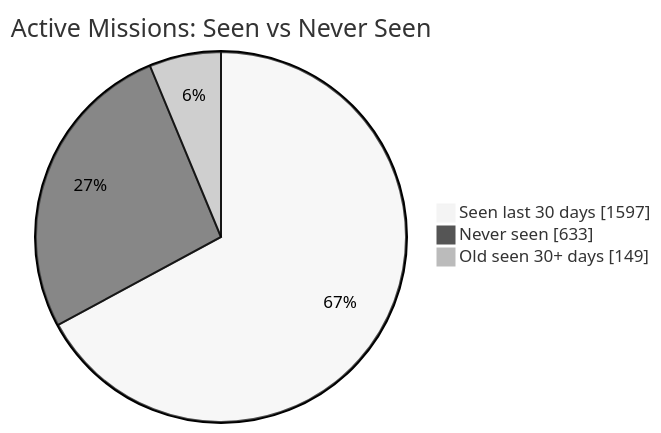
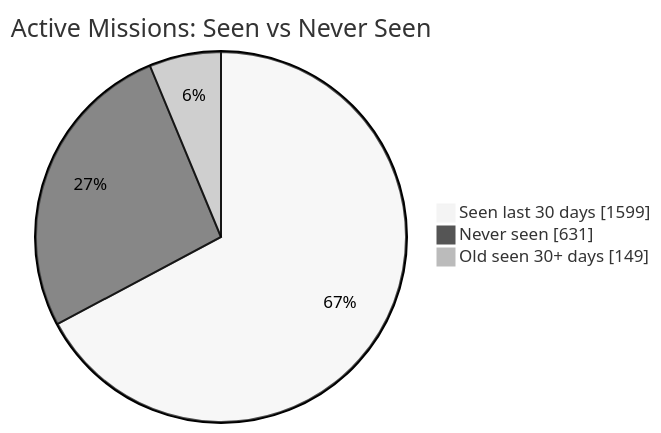
The first of 2 diagrams in README.md (MeldkamerspelGameTeam/active-missions), drawn with Mermaid (neutral theme) before and after one commit. The commit also changed other lines of this file and 3 other files, not shown here.

````diff
--- a/README.md
+++ b/README.md
@@ -34,7 +34,7 @@
 ```mermaid
 pie showData
     title Active Missions: Seen vs Never Seen
-    "Seen last 30 days" : 1597
-    "Never seen" : 633
+    "Seen last 30 days" : 1599
+    "Never seen" : 631
     "Old seen 30+ days" : 149
 ```
````
